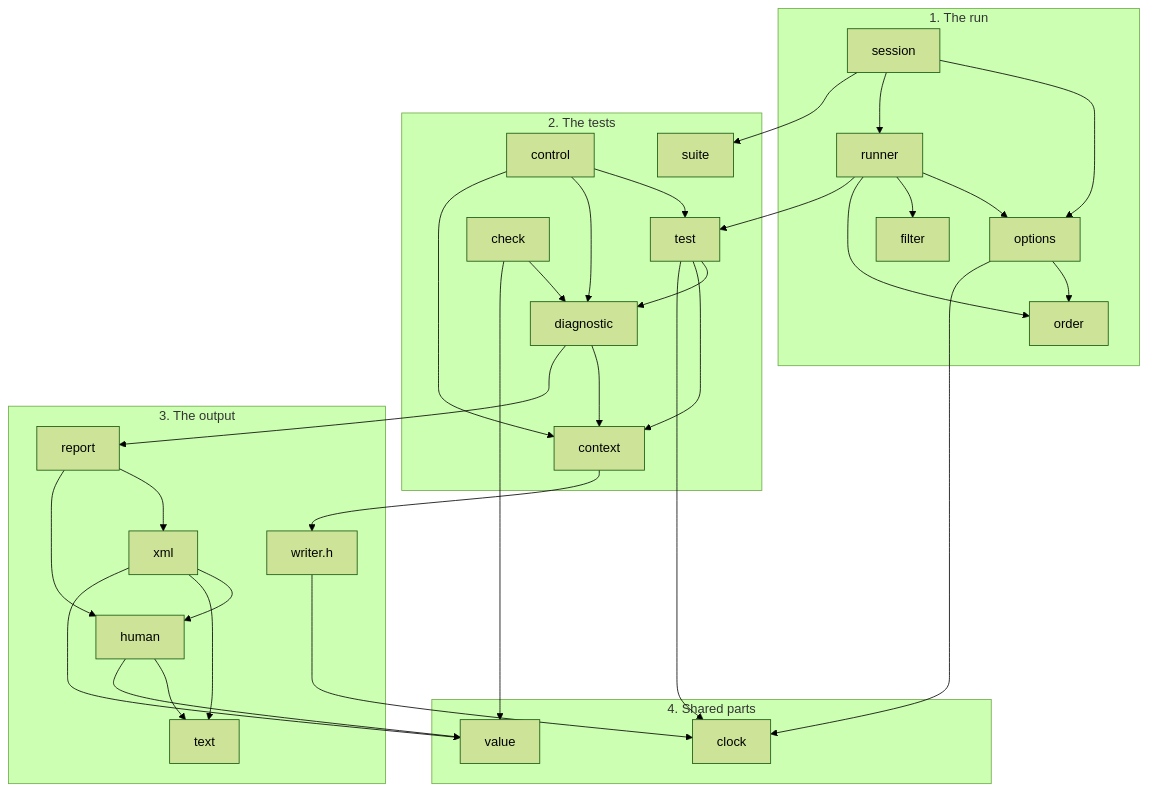
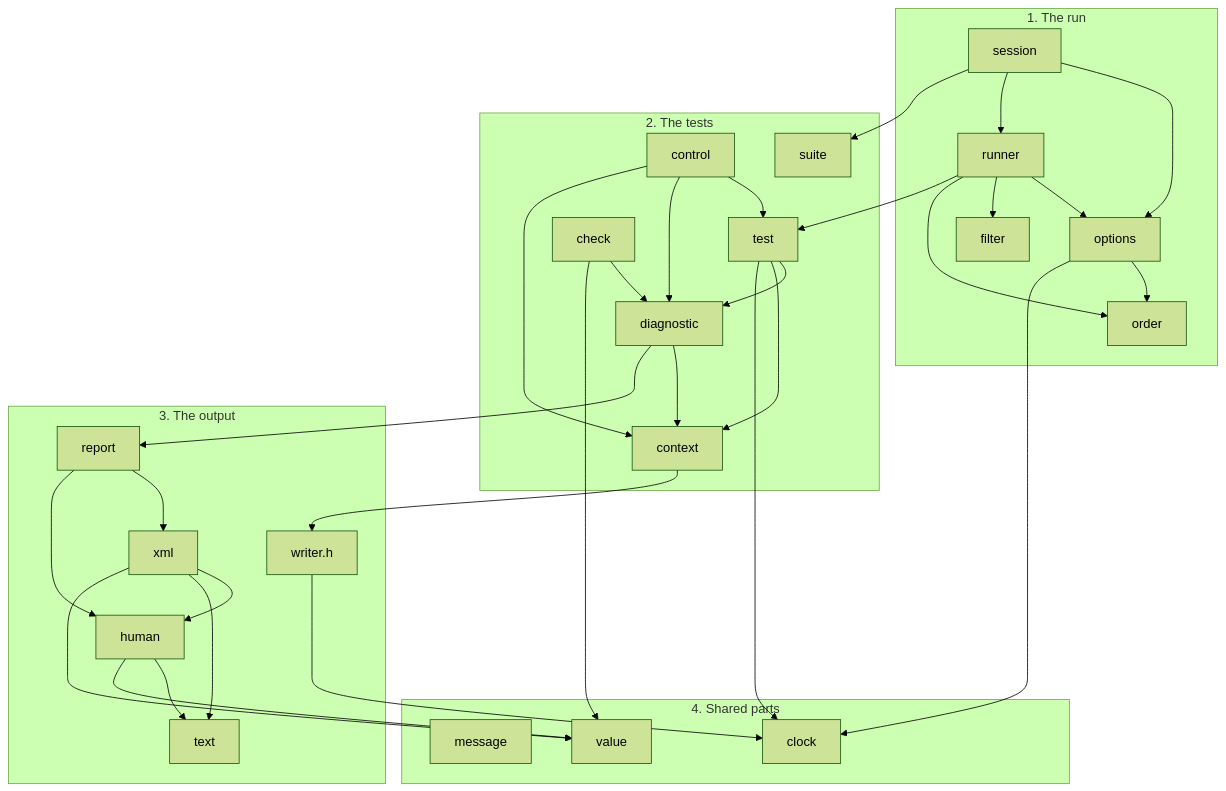
Before and after one commit to vabelorg/naos: the diagram in docs/development/architecture.md, drawn with Mermaid (forest theme). The commit also changed other lines of this file and 11 other files, not shown here.

````diff
--- a/docs/development/architecture.md
+++ b/docs/development/architecture.md
@@ -65,32 +66,33 @@
 ```mermaid
 flowchart TB
   subgraph run["1. The run"]
     session --> options --> order
     session --> runner
     runner --> options & filter & order
   end
   subgraph tests["2. The tests"]
     test --> diagnostic --> context
     test --> context
     control --> test & diagnostic & context
     check --> diagnostic
     suite
   end
   subgraph output["3. The output"]
     report --> xml --> human
     report --> human
     xml & human --> text
     writer["writer.h"]
   end
   subgraph shared["4. Shared parts"]
+    message
     clock
     value
   end
   session --> suite
   runner --> test
   diagnostic --> report
   context --> writer
   test & options --> clock
   check & human & xml --> value
   writer --> clock
 ```
````
